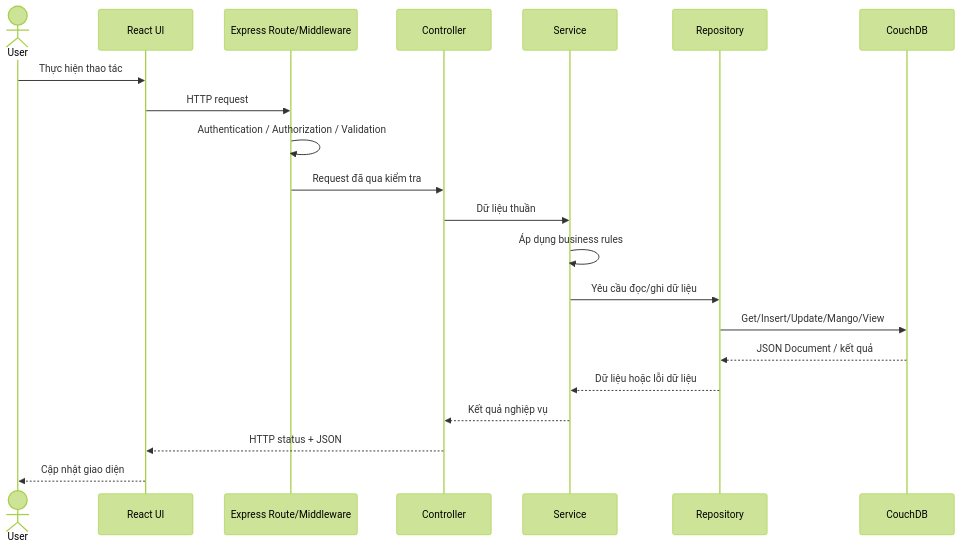
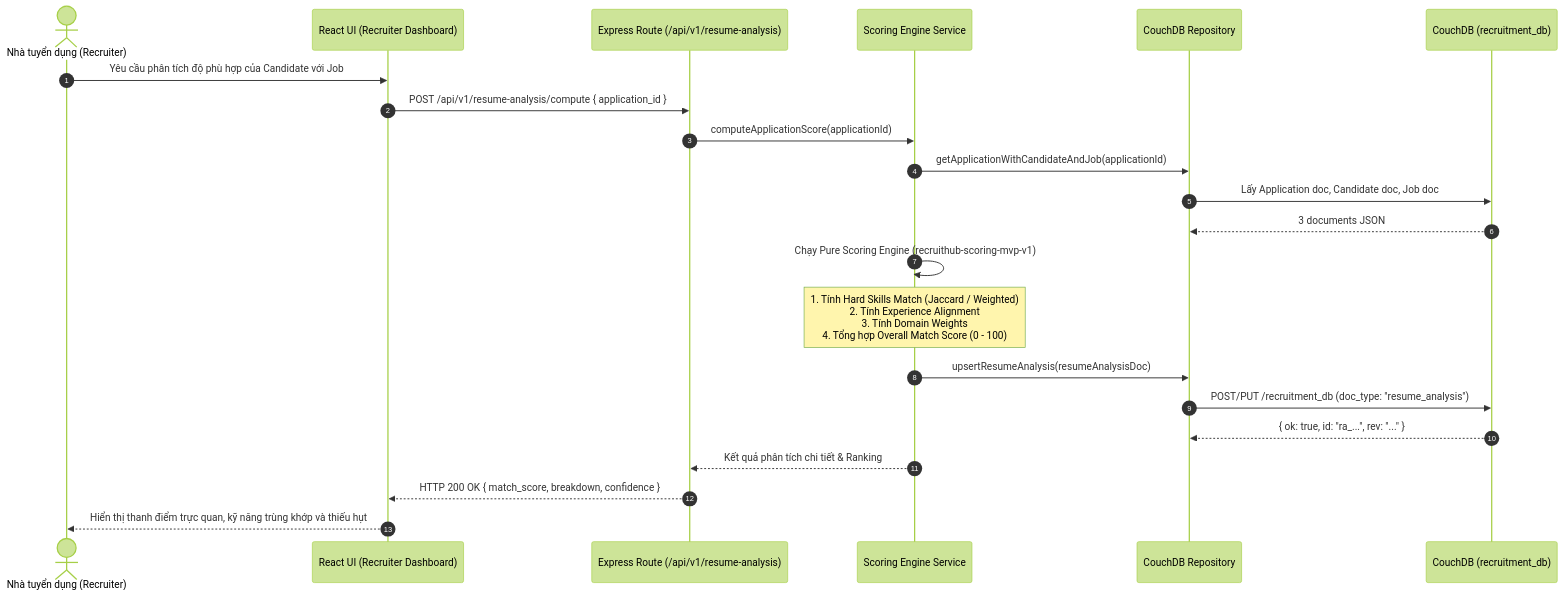
The third of 3 diagrams in ARCHITECTURE.md (HuynhDoHoangNguyen/recruithub-nosql), drawn with Mermaid (forest theme) before and after one commit. The commit also changed other lines of this file and 112 other files, not shown here.

````diff
--- a/ARCHITECTURE.md
+++ b/ARCHITECTURE.md
@@ -33,24 +115,25 @@
 ```mermaid
 sequenceDiagram
-    actor User
-    participant UI as React UI
-    participant Route as Express Route/Middleware
-    participant Controller
-    participant Service
-    participant Repository
-    participant DB as CouchDB
+    autonumber
+    actor Recruiter as Nhà tuyển dụng (Recruiter)
+    participant UI as React UI (Recruiter Dashboard)
+    participant Route as Express Route (/api/v1/resume-analysis)
+    participant ScoreSvc as Scoring Engine Service
+    participant Repo as CouchDB Repository
+    participant DB as CouchDB (recruitment_db)
 
-    User->>UI: Thực hiện thao tác
-    UI->>Route: HTTP request
-    Route->>Route: Authentication / Authorization / Validation
-    Route->>Controller: Request đã qua kiểm tra
-    Controller->>Service: Dữ liệu thuần
-    Service->>Service: Áp dụng business rules
-    Service->>Repository: Yêu cầu đọc/ghi dữ liệu
-    Repository->>DB: Get/Insert/Update/Mango/View
-    DB-->>Repository: JSON Document / kết quả
-    Repository-->>Service: Dữ liệu hoặc lỗi dữ liệu
-    Service-->>Controller: Kết quả nghiệp vụ
-    Controller-->>UI: HTTP status + JSON
-    UI-->>User: Cập nhật giao diện
+    Recruiter->>UI: Yêu cầu phân tích độ phù hợp của Candidate với Job
+    UI->>Route: POST /api/v1/resume-analysis/compute { application_id }
+    Route->>ScoreSvc: computeApplicationScore(applicationId)
+    ScoreSvc->>Repo: getApplicationWithCandidateAndJob(applicationId)
+    Repo->>DB: Lấy Application doc, Candidate doc, Job doc
+    DB-->>Repo: 3 documents JSON
+    ScoreSvc->>ScoreSvc: Chạy Pure Scoring Engine (recruithub-scoring-mvp-v1)
+    Note over ScoreSvc: 1. Tính Hard Skills Match (Jaccard / Weighted)<br/>2. Tính Experience Alignment<br/>3. Tính Domain Weights<br/>4. Tổng hợp Overall Match Score (0 - 100)
+    ScoreSvc->>Repo: upsertResumeAnalysis(resumeAnalysisDoc)
+    Repo->>DB: POST/PUT /recruitment_db (doc_type: "resume_analysis")
+    DB-->>Repo: { ok: true, id: "ra_...", rev: "..." }
+    ScoreSvc-->>Route: Kết quả phân tích chi tiết & Ranking
+    Route-->>UI: HTTP 200 OK { match_score, breakdown, confidence }
+    UI-->>Recruiter: Hiển thị thanh điểm trực quan, kỹ năng trùng khớp và thiếu hụt
 ```
````
